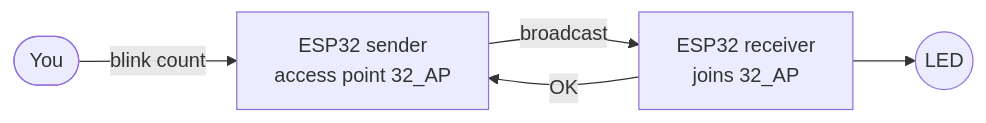
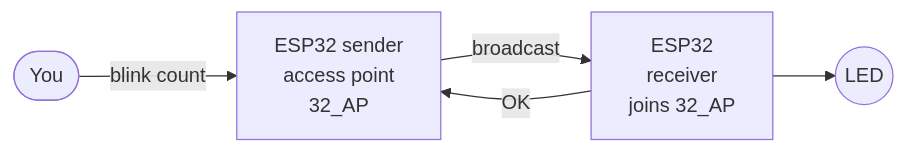
Before and after one commit to mike-segfault/low-cost-distributed-sync: the first of 2 diagrams in src/communication/04-dual-esp32-single-led/DIAGRAM.md, drawn with Mermaid.

Commit message:
Space given with break element

````diff
--- a/src/communication/04-dual-esp32-single-led/DIAGRAM.md
+++ b/src/communication/04-dual-esp32-single-led/DIAGRAM.md
@@ -3,7 +3,7 @@
 ```mermaid
 flowchart LR
-    U(["You"]) -- "blink count" --> S["ESP32 sender<br/>access point 32_AP"]
-    S -- "broadcast" --> R["ESP32 receiver<br/>joins 32_AP"]
+    U(["You"]) -- "blink count" --> S["ESP32 sender<br/>access point<br/>32_AP"]
+    S -- "broadcast" --> R["ESP32<br/>receiver<br/>joins 32_AP"]
     R -- "OK" --> S
     R --> L(("LED"))
 ```
````
